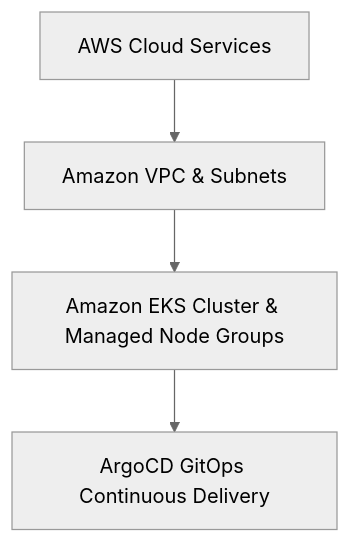
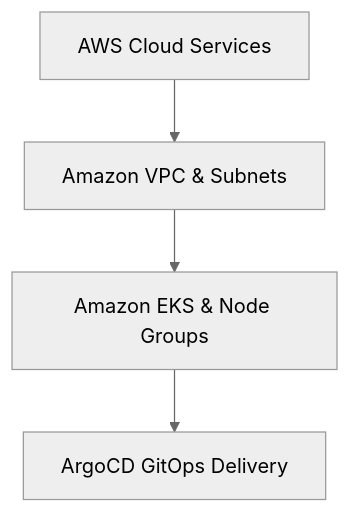
One commit to tatan461/terraform-aws-eks-gitops changed the diagram in README.md. Above: the diagram before and after it, drawn with Mermaid (neutral theme).

Commit message:
Revise flowchart for EKS and ArgoCD
Updated flowchart to reflect changes in EKS and ArgoCD.

````diff
--- a/README.md
+++ b/README.md
@@ -20,7 +20,6 @@
 ```mermaid
 flowchart TD
     Services[AWS Cloud Services] --> VPC[Amazon VPC & Subnets]
-    VPC --> EKS[Amazon EKS Cluster & Managed Node Groups]
-    EKS --> ArgoCD[ArgoCD GitOps Continuous Delivery]
-
+    VPC --> EKS[Amazon EKS & Node Groups]
+    EKS --> ArgoCD[ArgoCD GitOps Delivery]
 ```
````
